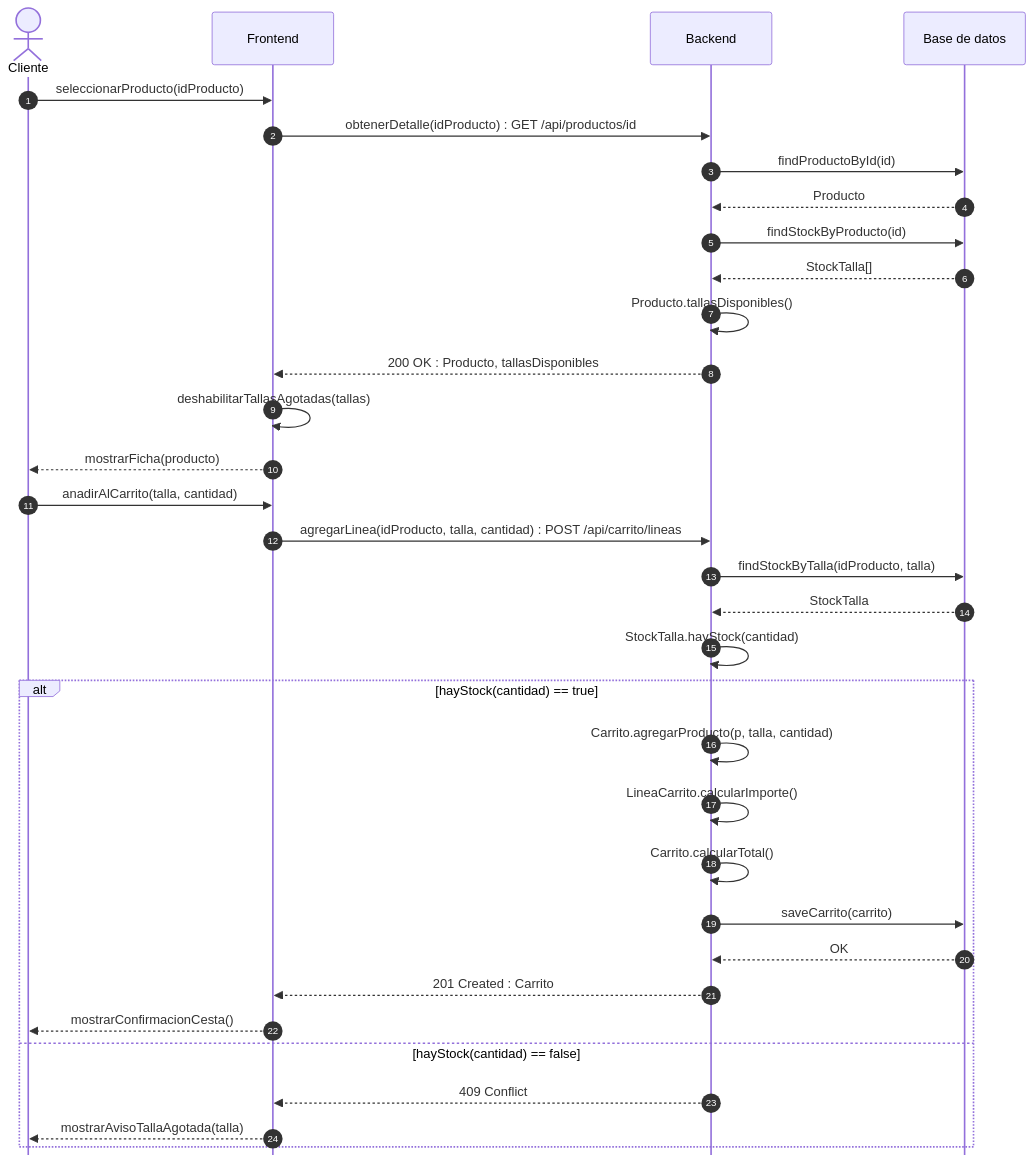
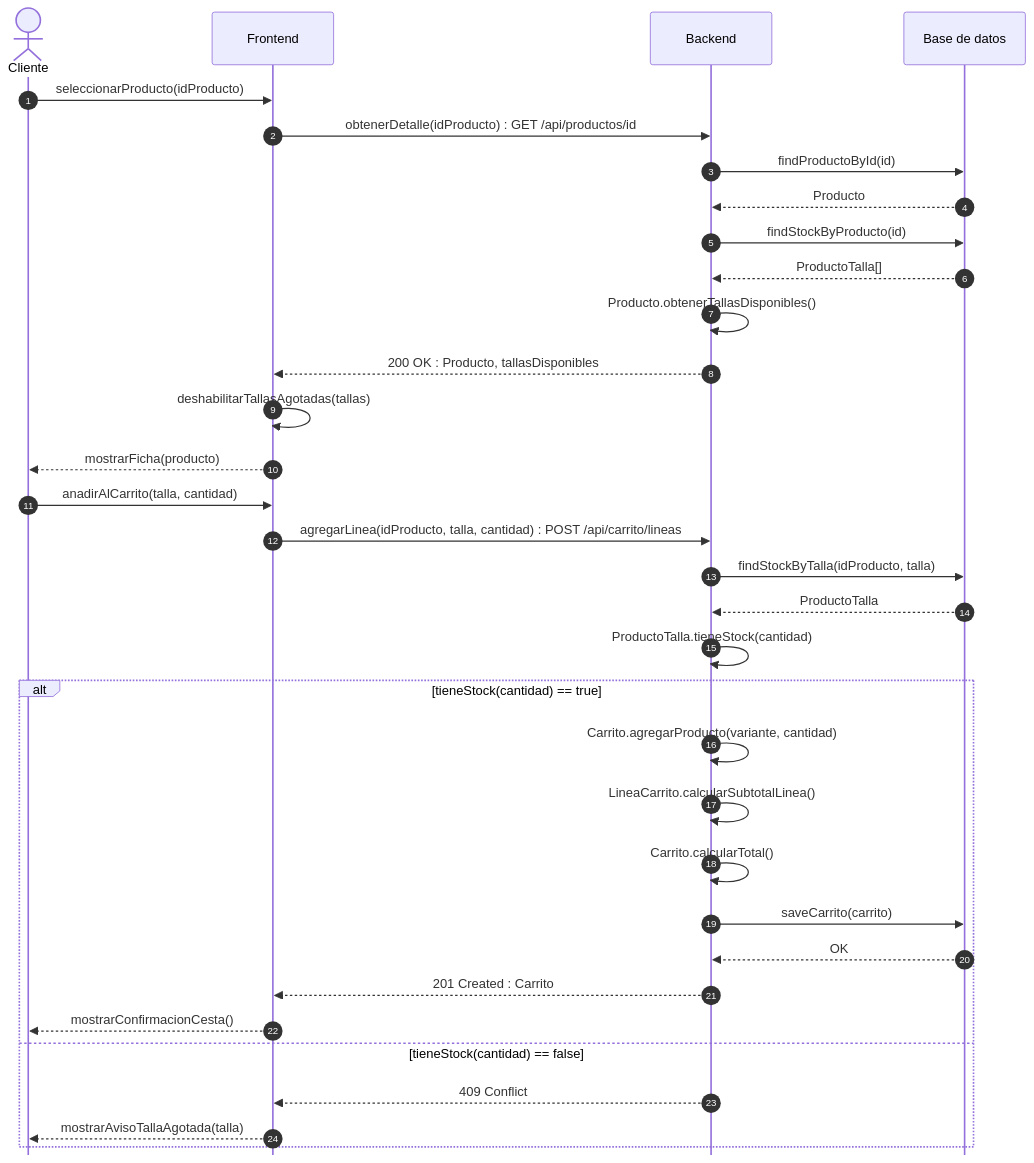
The diagram in Practica3_G11_LaTeX/codigo/sec_us02.mmd (ajgarciarias10/PR3GPS), drawn with Mermaid before and after one commit. The commit also changed 27 other files, not shown here.

First line of the commit message:
fix(bloque3): alinear diagramas de secuencia con el diagrama de clases final

```diff
--- a/Practica3_G11_LaTeX/codigo/sec_us02.mmd
+++ b/Practica3_G11_LaTeX/codigo/sec_us02.mmd
@@ -1,34 +1,34 @@
 %%{init: {'sequence': {'mirrorActors': false}}}%%
 sequenceDiagram
     autonumber
     actor U as Cliente
     participant FE as Frontend
     participant BE as Backend
     participant DB as Base de datos
     U->>FE: seleccionarProducto(idProducto)
     FE->>BE: obtenerDetalle(idProducto) : GET /api/productos/id
     BE->>DB: findProductoById(id)
     DB-->>BE: Producto
     BE->>DB: findStockByProducto(id)
-    DB-->>BE: StockTalla[]
-    BE->>BE: Producto.tallasDisponibles()
+    DB-->>BE: ProductoTalla[]
+    BE->>BE: Producto.obtenerTallasDisponibles()
     BE-->>FE: 200 OK : Producto, tallasDisponibles
     FE->>FE: deshabilitarTallasAgotadas(tallas)
     FE-->>U: mostrarFicha(producto)
     U->>FE: anadirAlCarrito(talla, cantidad)
     FE->>BE: agregarLinea(idProducto, talla, cantidad) : POST /api/carrito/lineas
     BE->>DB: findStockByTalla(idProducto, talla)
-    DB-->>BE: StockTalla
-    BE->>BE: StockTalla.hayStock(cantidad)
-    alt hayStock(cantidad) == true
-        BE->>BE: Carrito.agregarProducto(p, talla, cantidad)
-        BE->>BE: LineaCarrito.calcularImporte()
+    DB-->>BE: ProductoTalla
+    BE->>BE: ProductoTalla.tieneStock(cantidad)
+    alt tieneStock(cantidad) == true
+        BE->>BE: Carrito.agregarProducto(variante, cantidad)
+        BE->>BE: LineaCarrito.calcularSubtotalLinea()
         BE->>BE: Carrito.calcularTotal()
         BE->>DB: saveCarrito(carrito)
         DB-->>BE: OK
         BE-->>FE: 201 Created : Carrito
         FE-->>U: mostrarConfirmacionCesta()
-    else hayStock(cantidad) == false
+    else tieneStock(cantidad) == false
         BE-->>FE: 409 Conflict
         FE-->>U: mostrarAvisoTallaAgotada(talla)
     end
```
